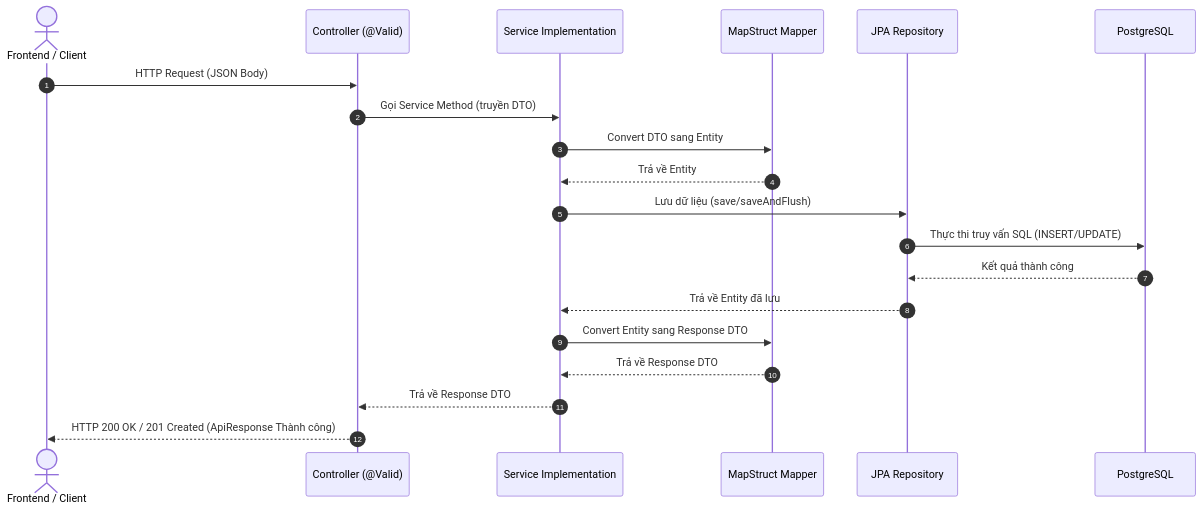
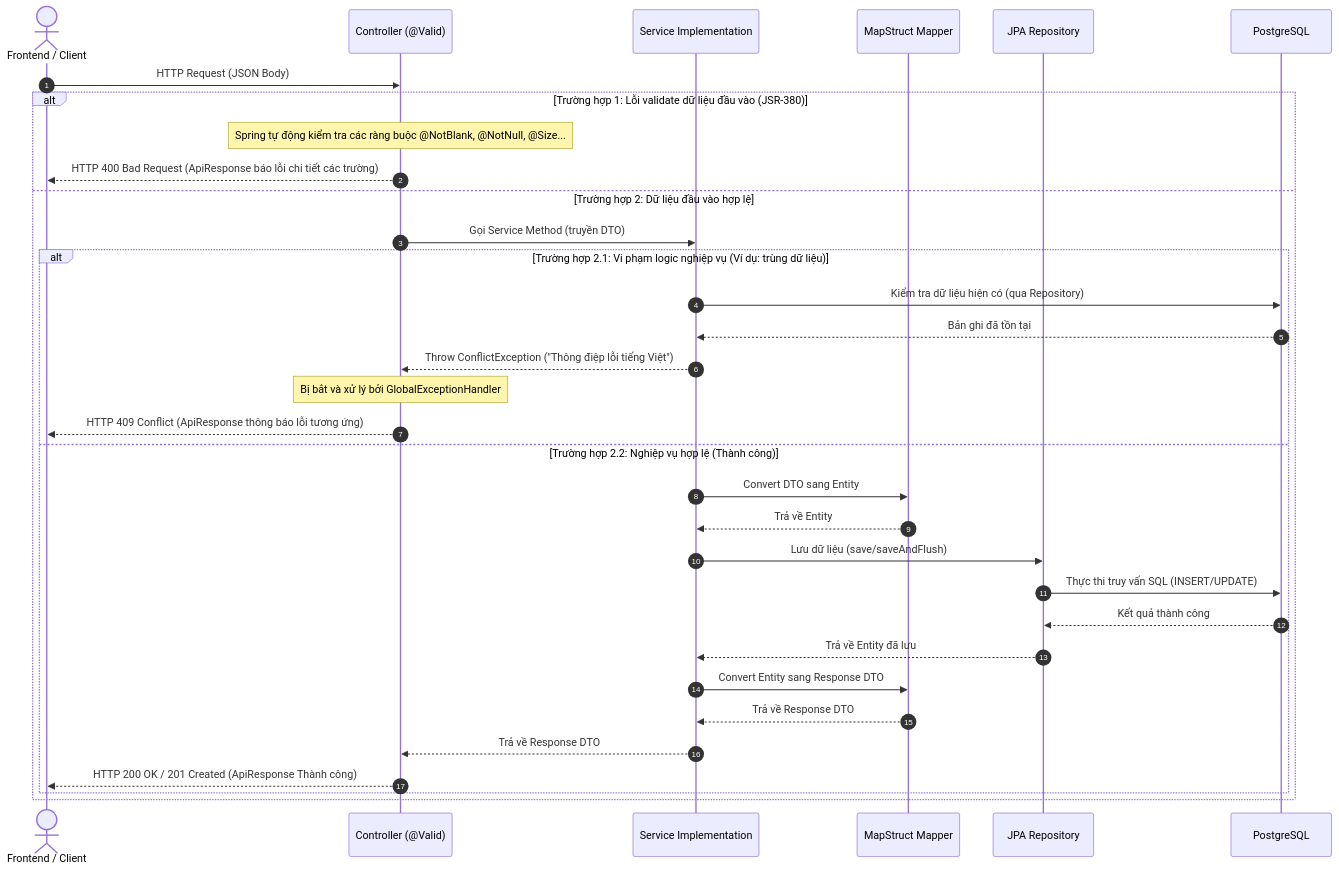
One commit to Alumnect/Alumnect changed the third of 3 diagrams in docs/update_SRS/TemplateSRS.md. Above: the diagram before and after it, drawn with Mermaid. The commit also changed other lines of this file and 7 other files, not shown here.

````diff
--- a/docs/update_SRS/TemplateSRS.md
+++ b/docs/update_SRS/TemplateSRS.md
@@ -130,23 +185,40 @@
 ```mermaid
 sequenceDiagram
     autonumber
     actor Client as Frontend / Client
     participant Controller as Controller (@Valid)
     participant Service as Service Implementation
     participant Mapper as MapStruct Mapper
     participant Repo as JPA Repository
     participant DB as PostgreSQL
 
     Client->>Controller: HTTP Request (JSON Body)
-    Controller->>Service: Gọi Service Method (truyền DTO)
-    Service->>Mapper: Convert DTO sang Entity
-    Mapper-->>Service: Trả về Entity
-    Service->>Repo: Lưu dữ liệu (save/saveAndFlush)
-    Repo->>DB: Thực thi truy vấn SQL (INSERT/UPDATE)
-    DB-->>Repo: Kết quả thành công
-    Repo-->>Service: Trả về Entity đã lưu
-    Service->>Mapper: Convert Entity sang Response DTO
-    Mapper-->>Service: Trả về Response DTO
-    Service-->>Controller: Trả về Response DTO
-    Controller-->>Client: HTTP 200 OK / 201 Created (ApiResponse Thành công)
+    
+    alt Trường hợp 1: Lỗi validate dữ liệu đầu vào (JSR-380)
+        Note over Controller: Spring tự động kiểm tra các ràng buộc @NotBlank, @NotNull, @Size...
+        Controller-->>Client: HTTP 400 Bad Request (ApiResponse báo lỗi chi tiết các trường)
+        
+    else Trường hợp 2: Dữ liệu đầu vào hợp lệ
+        Controller->>Service: Gọi Service Method (truyền DTO)
+        
+        alt Trường hợp 2.1: Vi phạm logic nghiệp vụ (Ví dụ: trùng dữ liệu)
+            Service->>DB: Kiểm tra dữ liệu hiện có (qua Repository)
+            DB-->>Service: Bản ghi đã tồn tại
+            Service-->>Controller: Throw ConflictException ("Thông điệp lỗi tiếng Việt")
+            Note over Controller: Bị bắt và xử lý bởi GlobalExceptionHandler
+            Controller-->>Client: HTTP 409 Conflict (ApiResponse thông báo lỗi tương ứng)
+            
+        else Trường hợp 2.2: Nghiệp vụ hợp lệ (Thành công)
+            Service->>Mapper: Convert DTO sang Entity
+            Mapper-->>Service: Trả về Entity
+            Service->>Repo: Lưu dữ liệu (save/saveAndFlush)
+            Repo->>DB: Thực thi truy vấn SQL (INSERT/UPDATE)
+            DB-->>Repo: Kết quả thành công
+            Repo-->>Service: Trả về Entity đã lưu
+            Service->>Mapper: Convert Entity sang Response DTO
+            Mapper-->>Service: Trả về Response DTO
+            Service-->>Controller: Trả về Response DTO
+            Controller-->>Client: HTTP 200 OK / 201 Created (ApiResponse Thành công)
+        end
+    end
 ```
````
